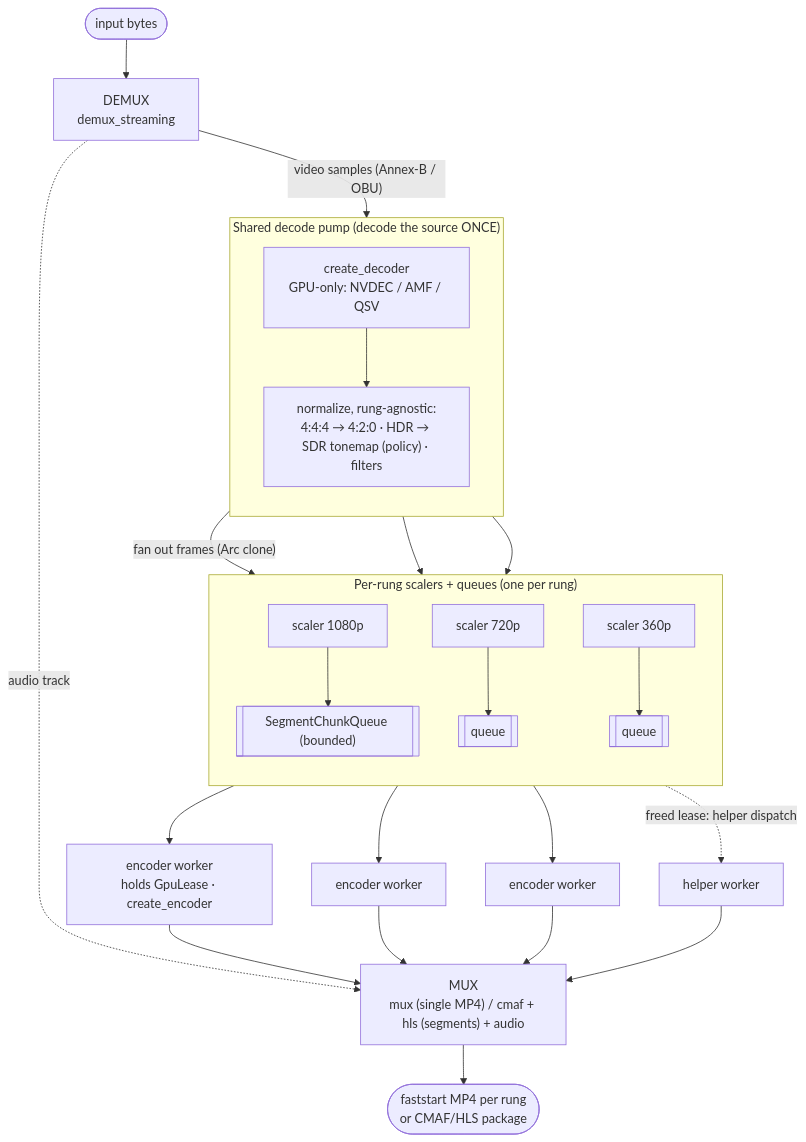
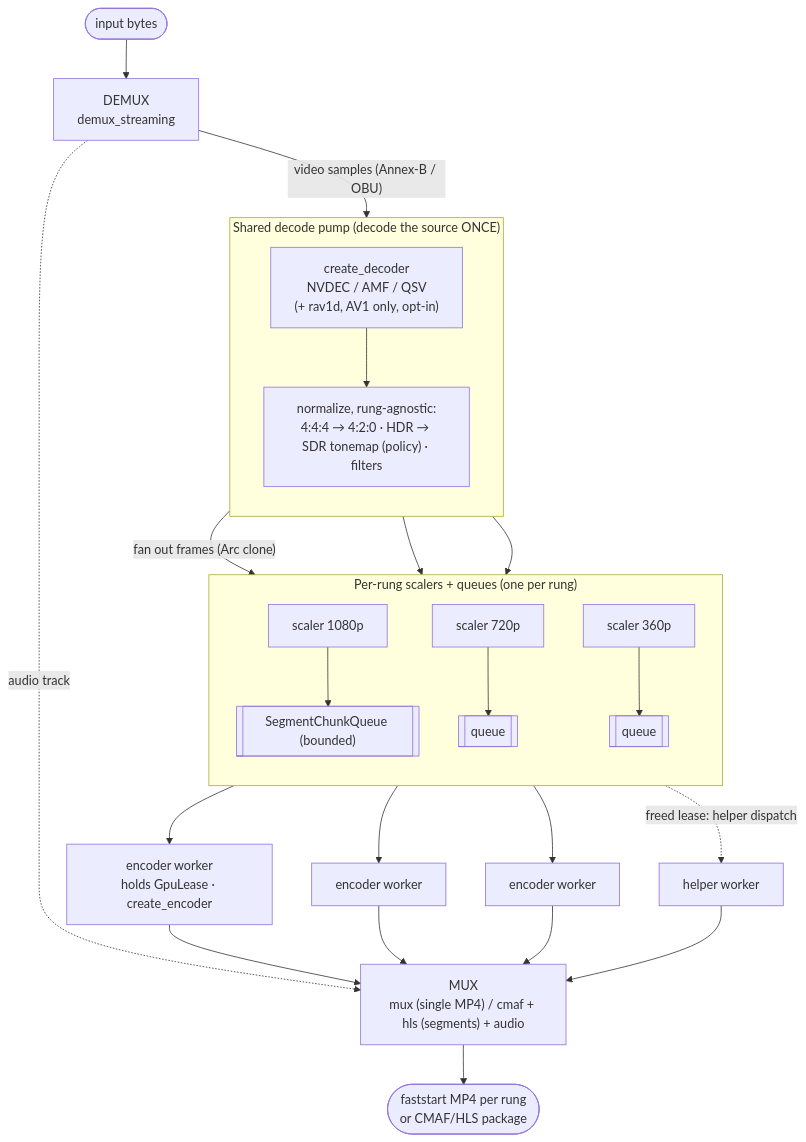
One commit to rivet-transcoder/rivet changed the first of 2 diagrams in docs/pipeline.md. Above: the diagram before and after it, drawn with Mermaid. The commit also changed other lines of this file and 15 other files, not shown here.

````diff
--- a/docs/pipeline.md
+++ b/docs/pipeline.md
@@ -29,36 +29,36 @@
 ```mermaid
 flowchart TD
     IN([input bytes]) --> DEMUX["DEMUX<br/>demux_streaming"]
     DEMUX -.->|audio track| MUX
     DEMUX -->|"video samples (Annex-B / OBU)"| DEC
 
     subgraph PUMP["Shared decode pump (decode the source ONCE)"]
         direction TB
-        DEC["create_decoder<br/>GPU-only: NVDEC / AMF / QSV"]
+        DEC["create_decoder<br/>NVDEC / AMF / QSV<br/>(+ rav1d, AV1 only, opt-in)"]
         DEC --> NORM["normalize, rung-agnostic:<br/>4:4:4 → 4:2:0 · HDR → SDR tonemap (policy) · filters"]
     end
 
     NORM -->|"fan out frames (Arc clone)"| SC1
     NORM --> SC2
     NORM --> SC3
 
     subgraph SCALERS["Per-rung scalers + queues (one per rung)"]
         direction TB
         SC1["scaler 1080p"] --> Q1[["SegmentChunkQueue (bounded)"]]
         SC2["scaler 720p"] --> Q2[["queue"]]
         SC3["scaler 360p"] --> Q3[["queue"]]
     end
 
     Q1 --> W1["encoder worker<br/>holds GpuLease · create_encoder"]
     Q2 --> W2["encoder worker"]
     Q3 --> W3["encoder worker"]
     Q2 -.->|"freed lease: helper dispatch"| H1["helper worker"]
 
     W1 --> MUX
     W2 --> MUX
     W3 --> MUX
     H1 --> MUX
 
     MUX["MUX<br/>mux (single MP4) / cmaf + hls (segments) + audio"]
     MUX --> OUT([faststart MP4 per rung<br/>or CMAF/HLS package])
 ```
````
